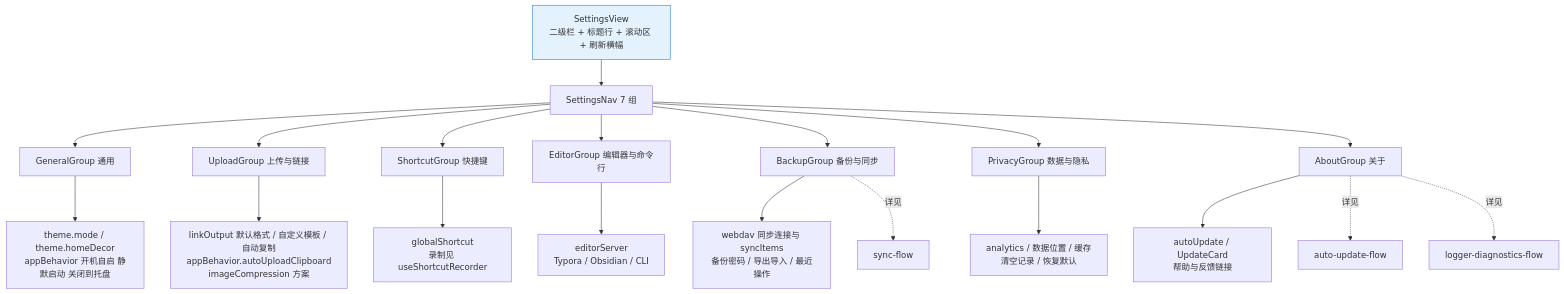
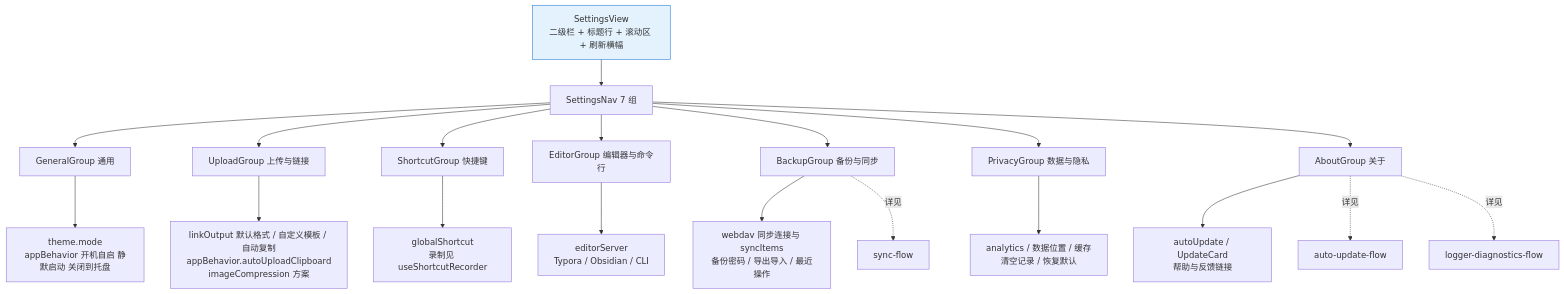
The fourth of 5 diagrams in docs/flows/settings-ui-architecture.md (joeyliu6/PicNexus), drawn with Mermaid before and after one commit. The commit also changed 9 other files, not shown here.

````diff
--- a/docs/flows/settings-ui-architecture.md
+++ b/docs/flows/settings-ui-architecture.md
@@ -137,18 +137,18 @@
 ```mermaid
 flowchart TD
     S[SettingsView<br/>二级栏 + 标题行 + 滚动区 + 刷新横幅] --> N[SettingsNav 7 组]
 
-    N --> G1[GeneralGroup 通用] --> G1A[theme.mode / theme.homeDecor<br/>appBehavior 开机自启 静默启动 关闭到托盘]
+    N --> G1[GeneralGroup 通用] --> G1A[theme.mode<br/>appBehavior 开机自启 静默启动 关闭到托盘]
     N --> G2[UploadGroup 上传与链接] --> G2A[linkOutput 默认格式 / 自定义模板 / 自动复制<br/>appBehavior.autoUploadClipboard<br/>imageCompression 方案]
     N --> G3[ShortcutGroup 快捷键] --> G3A[globalShortcut<br/>录制见 useShortcutRecorder]
     N --> G4[EditorGroup 编辑器与命令行] --> G4A[editorServer<br/>Typora / Obsidian / CLI]
     N --> G5[BackupGroup 备份与同步] --> G5A[webdav 同步连接与 syncItems<br/>备份密码 / 导出导入 / 最近操作]
     N --> G6[PrivacyGroup 数据与隐私] --> G6A[analytics / 数据位置 / 缓存<br/>清空记录 / 恢复默认]
     N --> G7[AboutGroup 关于] --> G7A[autoUpdate / UpdateCard<br/>帮助与反馈链接]
 
     G5 -.详见.-> SYNC[sync-flow]
     G7 -.详见.-> UPD[auto-update-flow]
     G7 -.详见.-> LOG[logger-diagnostics-flow]
 
     style S fill:#e3f2fd,stroke:#1976d2
 ```
````
